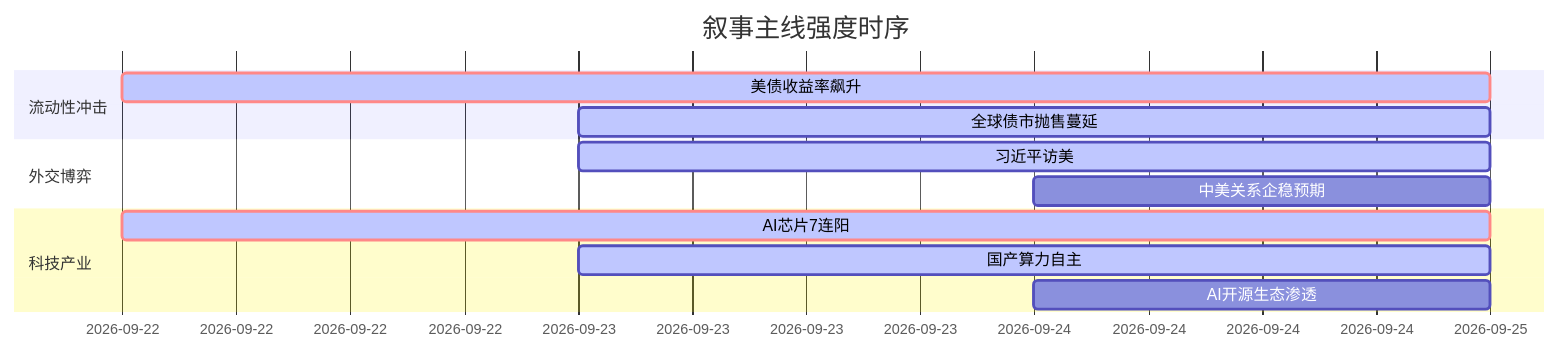
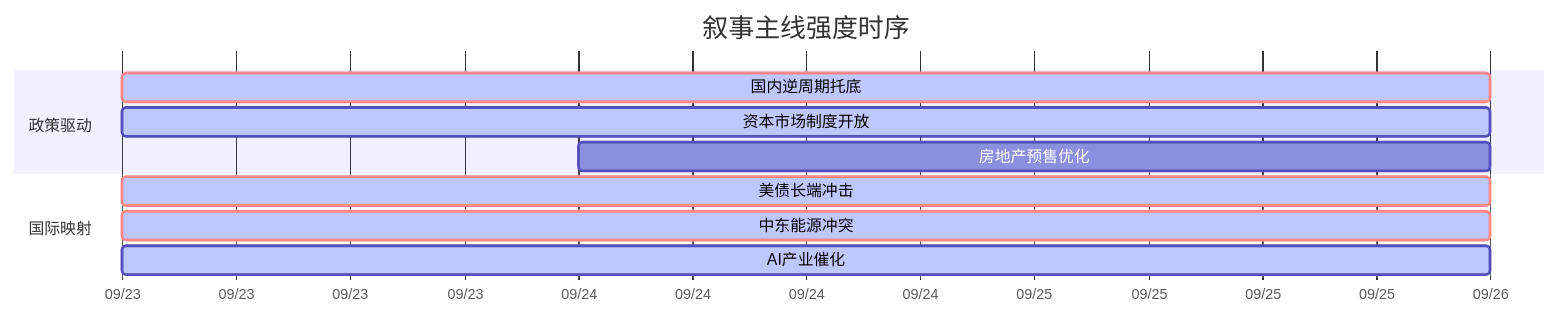
Before and after one commit to uu5zn/uu5zn.github.io: the diagram in 5day_report.md, drawn with Mermaid. The commit also changed other lines of this file and 23 other files, not shown here.

````diff
--- a/5day_report.md
+++ b/5day_report.md
@@ -58,17 +54,15 @@
 ```mermaid
 gantt
     title 叙事主线强度时序
-    dateFormat YYYY-MM-DD
-    section 流动性冲击
-    美债收益率飙升      :crit, active, 2026-09-22, 3d
-    全球债市抛售蔓延    :active, 2026-09-23, 2d
-    
-    section 外交博弈
-    习近平访美          :active, 2026-09-23, 2d
-    中美关系企稳预期    :2026-09-24, 1d
-    
-    section 科技产业
-    AI芯片7连阳        :crit, active, 2026-09-22, 3d
-    国产算力自主        :active, 2026-09-23, 2d
-    AI开源生态渗透      :2026-09-24, 1d
+    dateFormat  YYYY-MM-DD
+    axisFormat  %m/%d
+    section 政策驱动
+    国内逆周期托底   :crit, active, 2026-09-23, 3d
+    资本市场制度开放 :active, 2026-09-23, 3d
+    房地产预售优化   :2026-09-24, 2d
+
+    section 国际映射
+    美债长端冲击     :crit, active, 2026-09-23, 3d
+    中东能源冲突     :crit, active, 2026-09-23, 3d
+    AI产业催化       :active, 2026-09-23, 3d
 ```
````
